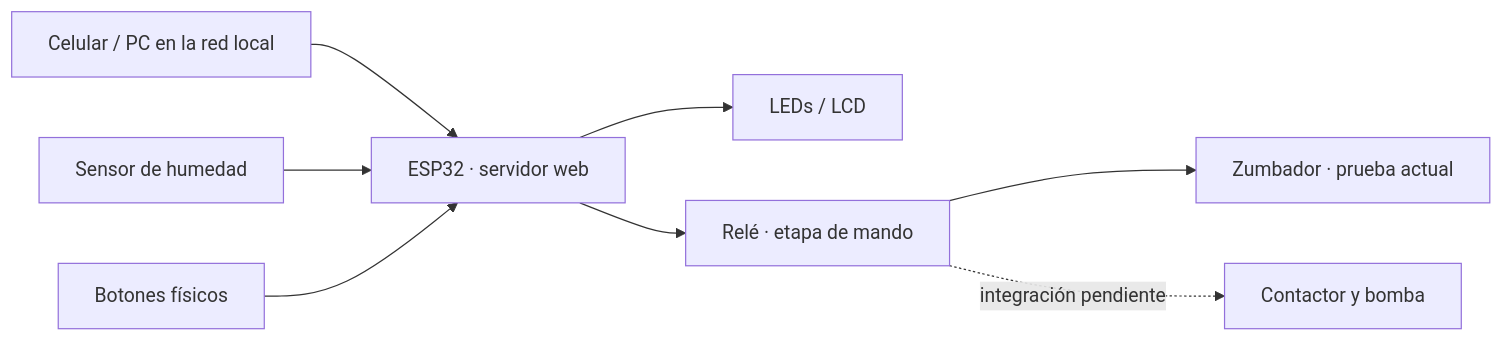
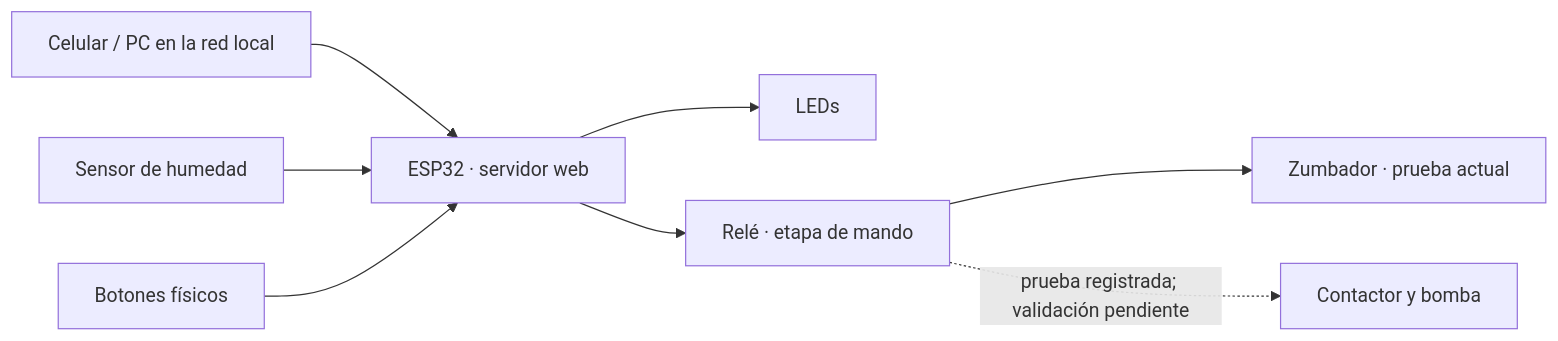
The diagram in README.md (faku-20/proyecto-steam), drawn with Mermaid before and after one commit. The commit also changed other lines of this file and 21 other files, not shown here.

````diff
--- a/README.md
+++ b/README.md
@@ -27,10 +27,10 @@
 ```mermaid
 flowchart LR
     Usuario["Celular / PC en la red local"] --> ESP["ESP32 · servidor web"]
     Humedad["Sensor de humedad"] --> ESP
     Botones["Botones físicos"] --> ESP
-    ESP --> Indicadores["LEDs / LCD"]
+    ESP --> Indicadores["LEDs"]
     ESP --> Rele["Relé · etapa de mando"]
     Rele --> Prueba["Zumbador · prueba actual"]
-    Rele -. "integración pendiente" .-> Potencia["Contactor y bomba"]
+    Rele -. "prueba registrada; validación pendiente" .-> Potencia["Contactor y bomba"]
 ```
````
